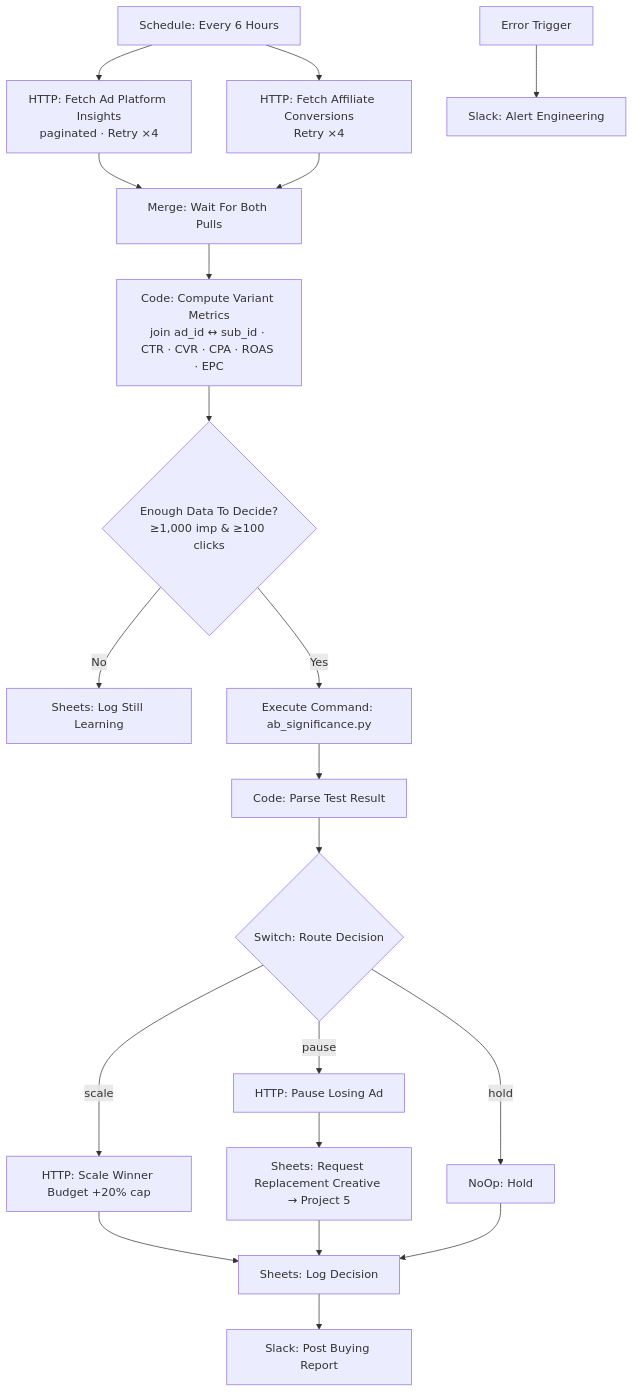
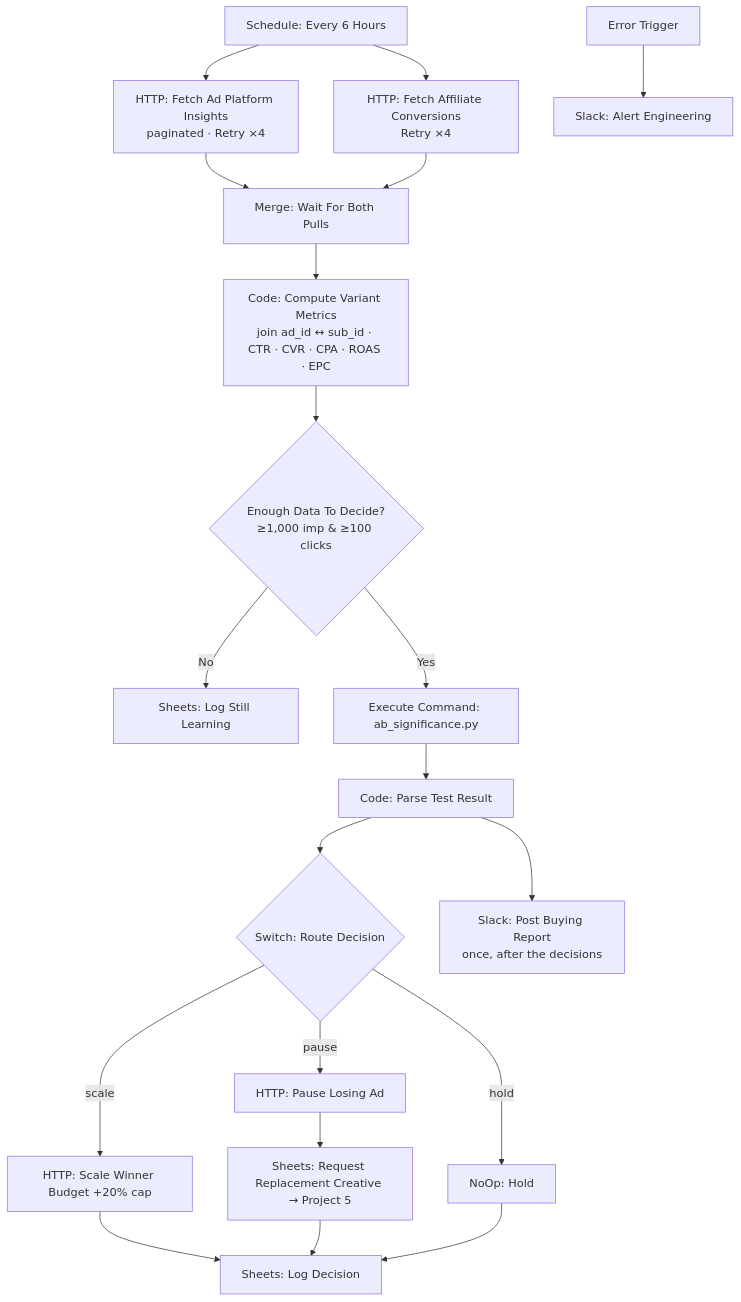
One commit to wicitradyaksa/automation-portfolio changed the diagram in project-6-dco-engine/README.md. Above: the diagram before and after it, drawn with Mermaid. The commit also changed other lines of this file and 17 other files, not shown here.

````diff
--- a/project-6-dco-engine/README.md
+++ b/project-6-dco-engine/README.md
@@ -33,22 +33,22 @@
 ```mermaid
 graph TD
     A[Schedule: Every 6 Hours] --> B[HTTP: Fetch Ad Platform Insights<br/>paginated · Retry ×4]
     A --> C[HTTP: Fetch Affiliate Conversions<br/>Retry ×4]
     B --> D[Merge: Wait For Both Pulls]
     C --> D
     D --> E[Code: Compute Variant Metrics<br/>join ad_id ↔ sub_id · CTR · CVR · CPA · ROAS · EPC]
     E --> F{Enough Data To Decide?<br/>≥1,000 imp & ≥100 clicks}
     F -- No --> G[Sheets: Log Still Learning]
     F -- Yes --> H[Execute Command: ab_significance.py]
     H --> I[Code: Parse Test Result]
     I --> J{Switch: Route Decision}
     J -- scale --> K[HTTP: Scale Winner Budget +20% cap]
     J -- pause --> L[HTTP: Pause Losing Ad]
     L --> M[Sheets: Request Replacement Creative → Project 5]
     J -- hold --> N[NoOp: Hold]
     K --> O[Sheets: Log Decision]
     M --> O
     N --> O
-    O --> P[Slack: Post Buying Report]
+    I --> P[Slack: Post Buying Report<br/>once, after the decisions]
     X[Error Trigger] --> Y[Slack: Alert Engineering]
 ```
````
